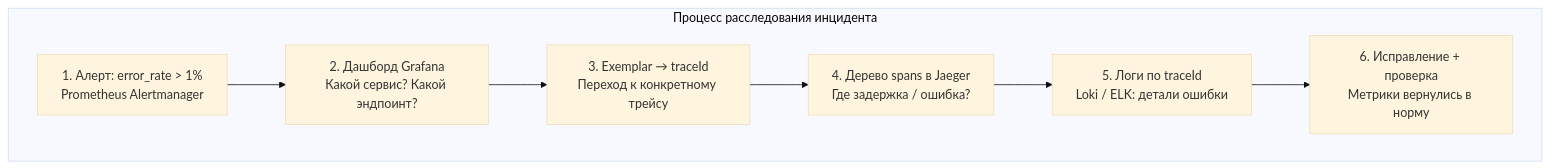
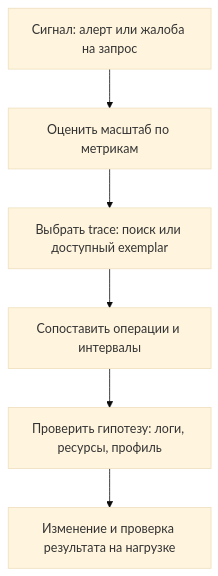
Before and after one commit to akeverus/cheat-sheet: the ninth of 13 diagrams in cheatsheets/interview/monitoring/metrics-tracing-interview.md, drawn with Mermaid (base theme). The commit also changed other lines of this file and 1 other file, not shown here.

Commit message:
Clarify metric trace correlation export and RED USE semantics

````diff
--- a/cheatsheets/interview/monitoring/metrics-tracing-interview.md
+++ b/cheatsheets/interview/monitoring/metrics-tracing-interview.md
@@ -865,10 +765,8 @@
 ```mermaid
 graph TD
-    subgraph "Процесс расследования инцидента"
-        A["1. Алерт: error_rate > 1%<br/>Prometheus Alertmanager"] --> B["2. Дашборд Grafana<br/>Какой сервис? Какой эндпоинт?"]
-        B --> C["3. Exemplar → traceId<br/>Переход к конкретному трейсу"]
-        C --> D["4. Дерево spans в Jaeger<br/>Где задержка / ошибка?"]
-        D --> E["5. Логи по traceId<br/>Loki / ELK: детали ошибки"]
-        E --> F["6. Исправление + проверка<br/>Метрики вернулись в норму"]
-    end
+    A["Сигнал: алерт или жалоба на запрос"] --> B["Оценить масштаб по метрикам"]
+    B --> C["Выбрать trace: поиск или доступный exemplar"]
+    C --> D["Сопоставить операции и интервалы"]
+    D --> E["Проверить гипотезу: логи, ресурсы, профиль"]
+    E --> F["Изменение и проверка результата на нагрузке"]
 ```
````
